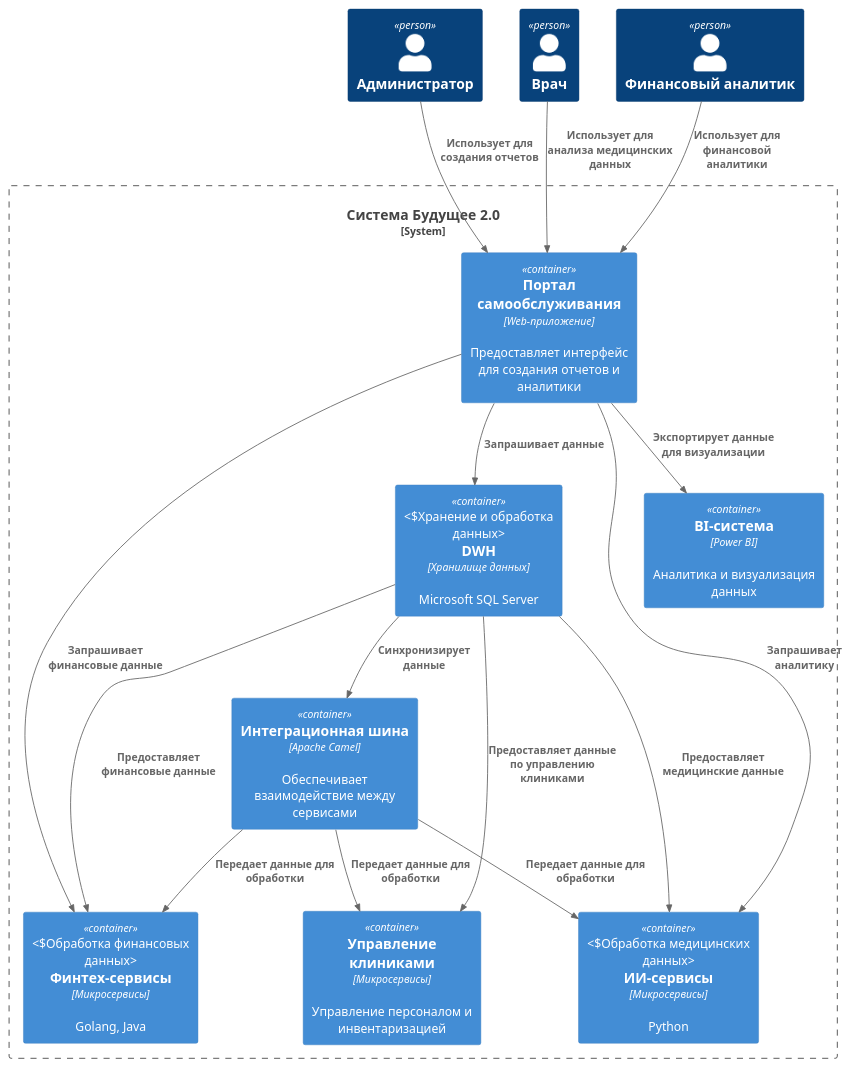
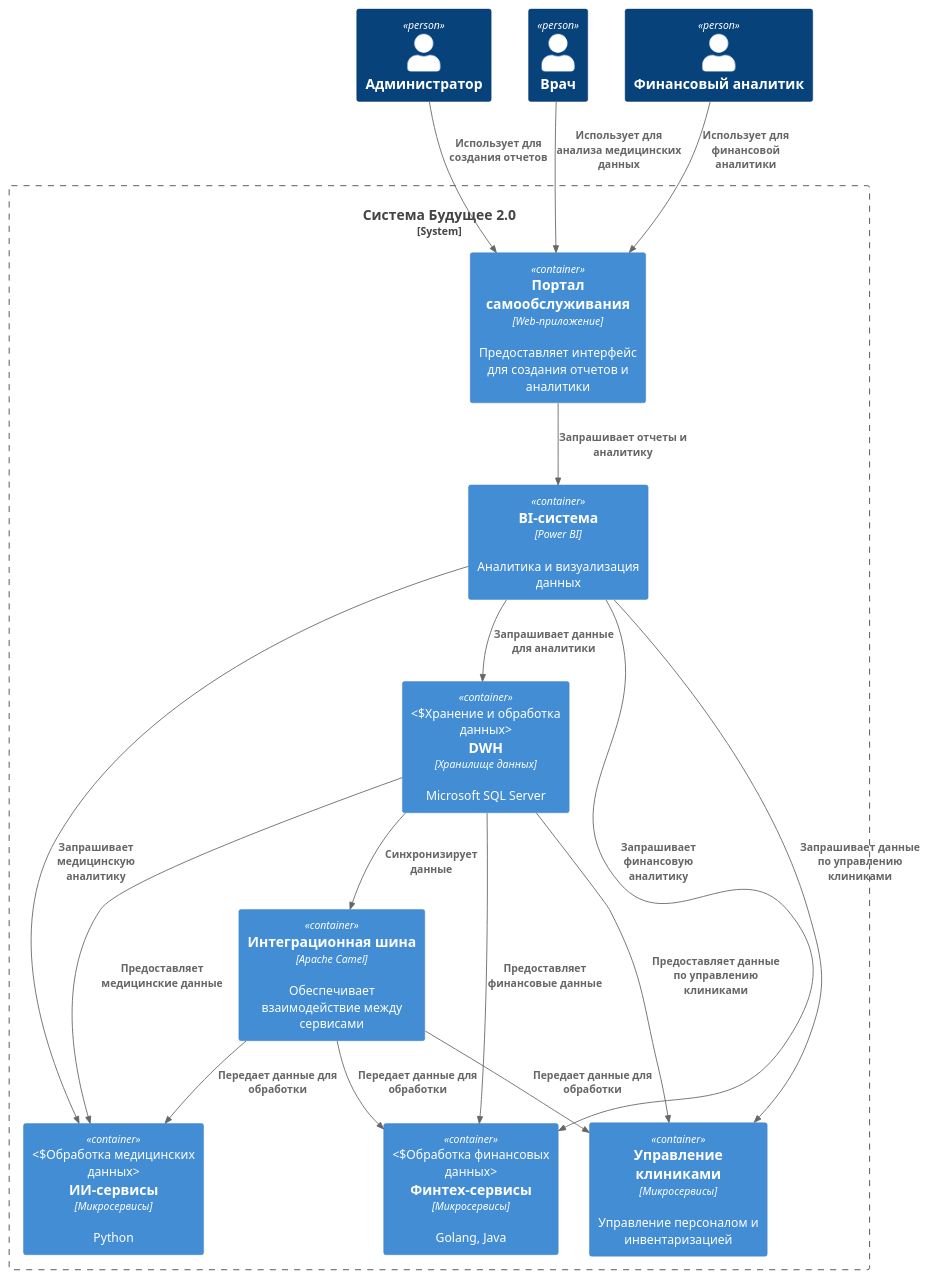
One commit to darbulat/architecture-sprint-11 changed the diagram in Exc2/dfd.puml. Above: the diagram before and after it, drawn with PlantUML. The commit also changed 4 other files, not shown here.

```diff
--- a/Exc2/dfd.puml
+++ b/Exc2/dfd.puml
@@ -1,35 +1,36 @@
 @startuml
 !include https://raw.githubusercontent.com/plantuml-stdlib/C4-PlantUML/master/C4_Container.puml
 
 Person(admin, "Администратор")
 Person(doctor, "Врач")
 Person(finance, "Финансовый аналитик")
 
 System_Boundary(c1, "Система Будущее 2.0") {
     Container(web_portal, "Портал самообслуживания", "Web-приложение", "Предоставляет интерфейс для создания отчетов и аналитики")
     Container(dwh, "DWH", "Хранилище данных", "Microsoft SQL Server", "Хранение и обработка данных")
     Container(ai_services, "ИИ-сервисы", "Микросервисы", "Python", "Обработка медицинских данных")
     Container(fintech_services, "Финтех-сервисы", "Микросервисы", "Golang, Java", "Обработка финансовых данных")
     Container(clinic_management, "Управление клиниками", "Микросервисы", "Управление персоналом и инвентаризацией")
     Container(integration_bus, "Интеграционная шина", "Apache Camel", "Обеспечивает взаимодействие между сервисами")
     Container(bi_system, "BI-система", "Power BI", "Аналитика и визуализация данных")
 }
 
 Rel(admin, web_portal, "Использует для создания отчетов")
 Rel(doctor, web_portal, "Использует для анализа медицинских данных")
 Rel(finance, web_portal, "Использует для финансовой аналитики")
 
-Rel(web_portal, dwh, "Запрашивает данные")
-Rel(web_portal, ai_services, "Запрашивает аналитику")
-Rel(web_portal, fintech_services, "Запрашивает финансовые данные")
-Rel(web_portal, bi_system, "Экспортирует данные для визуализации")
+Rel(web_portal, bi_system, "Запрашивает отчеты и аналитику")
+Rel(bi_system, dwh, "Запрашивает данные для аналитики")
+Rel(bi_system, ai_services, "Запрашивает медицинскую аналитику")
+Rel(bi_system, fintech_services, "Запрашивает финансовую аналитику")
+Rel(bi_system, clinic_management, "Запрашивает данные по управлению клиниками")
 
 Rel(dwh, ai_services, "Предоставляет медицинские данные")
 Rel(dwh, fintech_services, "Предоставляет финансовые данные")
 Rel(dwh, clinic_management, "Предоставляет данные по управлению клиниками")
 Rel(dwh, integration_bus, "Синхронизирует данные")
 Rel(integration_bus, ai_services, "Передает данные для обработки")
 Rel(integration_bus, fintech_services, "Передает данные для обработки")
 Rel(integration_bus, clinic_management, "Передает данные для обработки")
 
 @enduml
```
